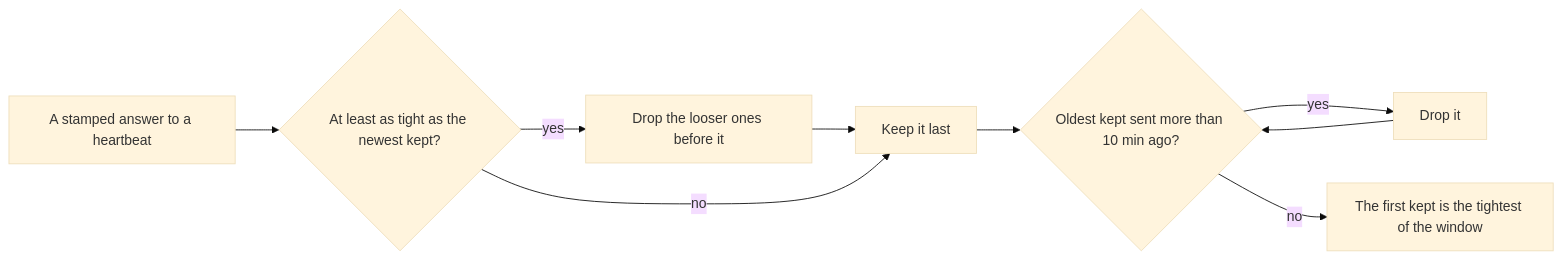
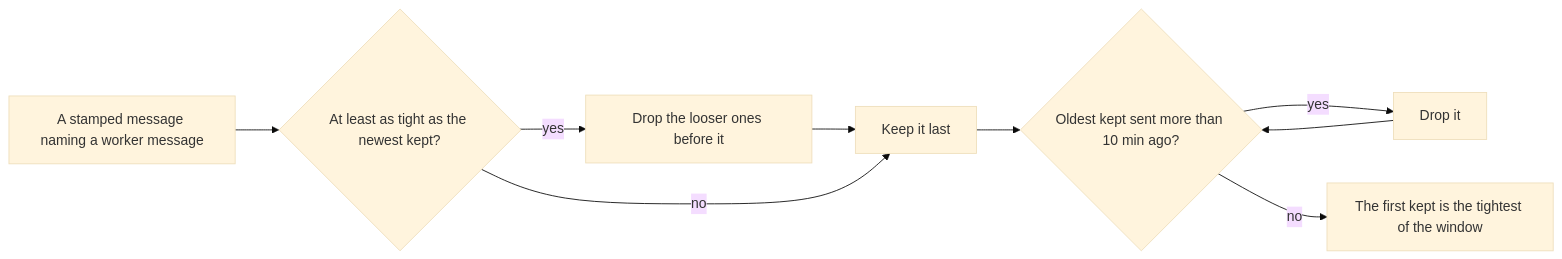
One commit to ptutak/schedr changed the second of 2 diagrams in docs/03-guide/17-master-clock.md. Above: the diagram before and after it, drawn with Mermaid (base theme). The commit also changed other lines of this file and 165 other files, not shown here.

````diff
--- a/docs/03-guide/17-master-clock.md
+++ b/docs/03-guide/17-master-clock.md
@@ -55,9 +57,9 @@
 ```{mermaid}
 flowchart LR
-    newSample[A stamped answer to a heartbeat] --> tighter{At least as tight as the newest kept?}
+    newSample[A stamped message naming a worker message] --> tighter{At least as tight as the newest kept?}
     tighter -->|yes| dropLoose[Drop the looser ones before it] --> keep[Keep it last]
     tighter -->|no| keep
     keep --> old{Oldest kept sent more than 10 min ago?}
     old -->|yes| dropOld[Drop it] --> old
     old -->|no| best[The first kept is the tightest of the window]
 ```
````
